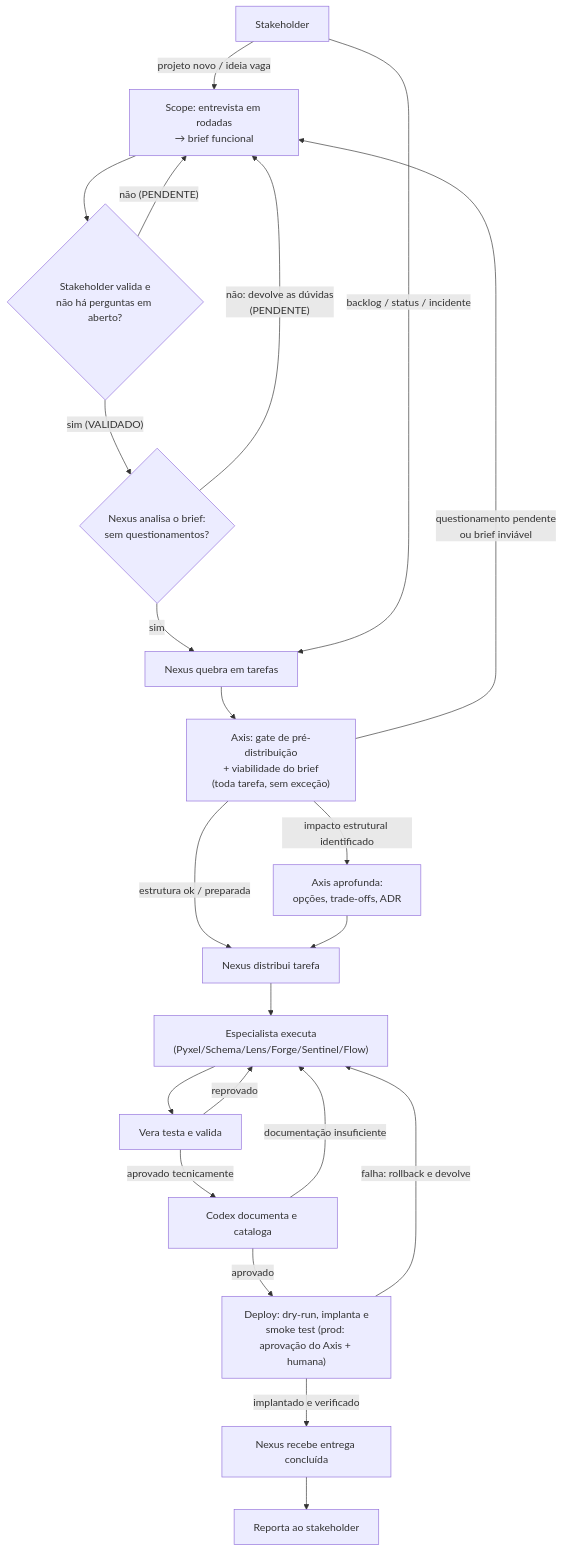
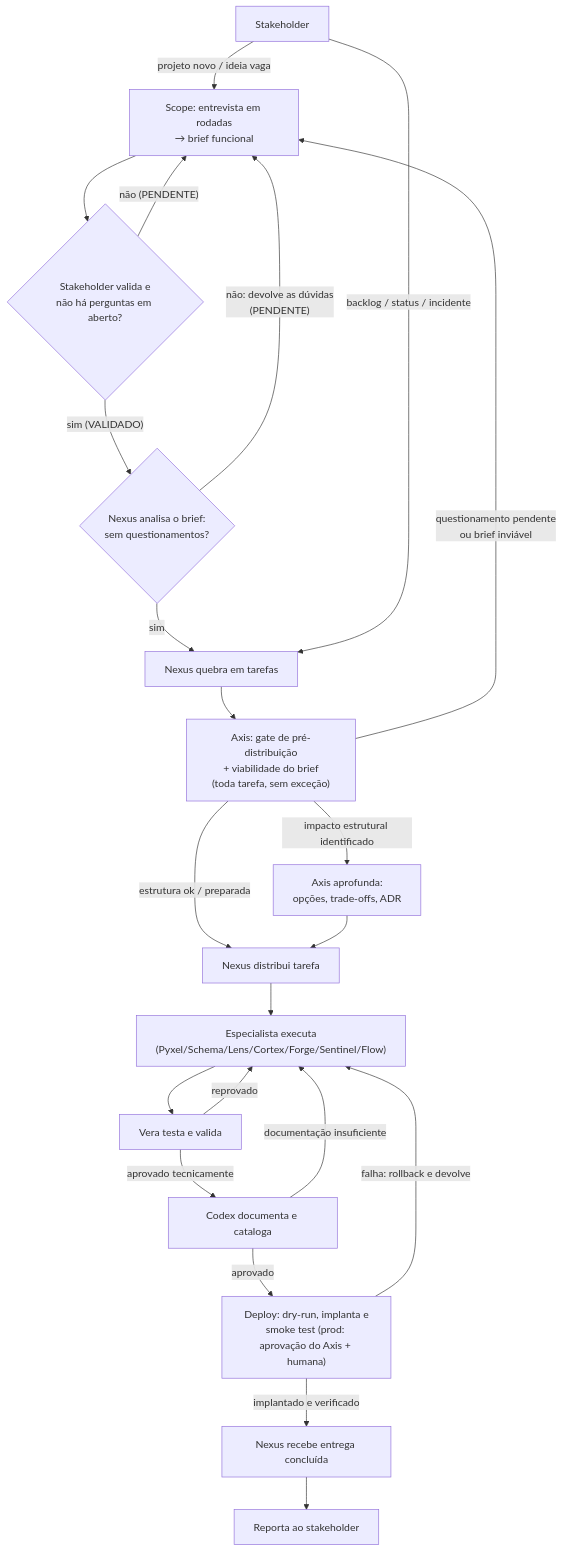
One commit to devrafaelalvarenga/data-engineer-agent-team changed the diagram in ARCHITECTURE.md. Above: the diagram before and after it, drawn with Mermaid. The commit also changed other lines of this file and 13 other files, not shown here.

````diff
--- a/ARCHITECTURE.md
+++ b/ARCHITECTURE.md
@@ -68,24 +69,24 @@
 ```mermaid
 flowchart TD
     S["Stakeholder"] -->|"projeto novo / ideia vaga"| SC["Scope: entrevista em rodadas<br/>→ brief funcional"]
     SC --> VAL{"Stakeholder valida e<br/>não há perguntas em aberto?"}
     VAL -->|"não (PENDENTE)"| SC
     VAL -->|"sim (VALIDADO)"| NV{"Nexus analisa o brief:<br/>sem questionamentos?"}
     NV -->|"não: devolve as dúvidas<br/>(PENDENTE)"| SC
     NV -->|"sim"| N["Nexus quebra em tarefas"]
     S -->|"backlog / status / incidente"| N
     N --> AX["Axis: gate de pré-distribuição<br/>+ viabilidade do brief<br/>(toda tarefa, sem exceção)"]
     AX -->|"questionamento pendente<br/>ou brief inviável"| SC
     AX -->|"estrutura ok / preparada"| T["Nexus distribui tarefa"]
     AX -->|"impacto estrutural identificado"| ADR["Axis aprofunda:<br/>opções, trade-offs, ADR"]
     ADR --> T
-    T --> E["Especialista executa<br/>(Pyxel/Schema/Lens/Forge/Sentinel/Flow)"]
+    T --> E["Especialista executa<br/>(Pyxel/Schema/Lens/Cortex/Forge/Sentinel/Flow)"]
     E --> V["Vera testa e valida"]
     V -->|reprovado| E
     V -->|aprovado tecnicamente| C["Codex documenta e cataloga"]
     C -->|documentação insuficiente| E
     C -->|aprovado| D["Deploy: dry-run, implanta e<br/>smoke test (prod: aprovação do Axis + humana)"]
     D -->|falha: rollback e devolve| E
     D -->|implantado e verificado| N2["Nexus recebe entrega concluída"]
     N2 --> S2["Reporta ao stakeholder"]
 ```
````
